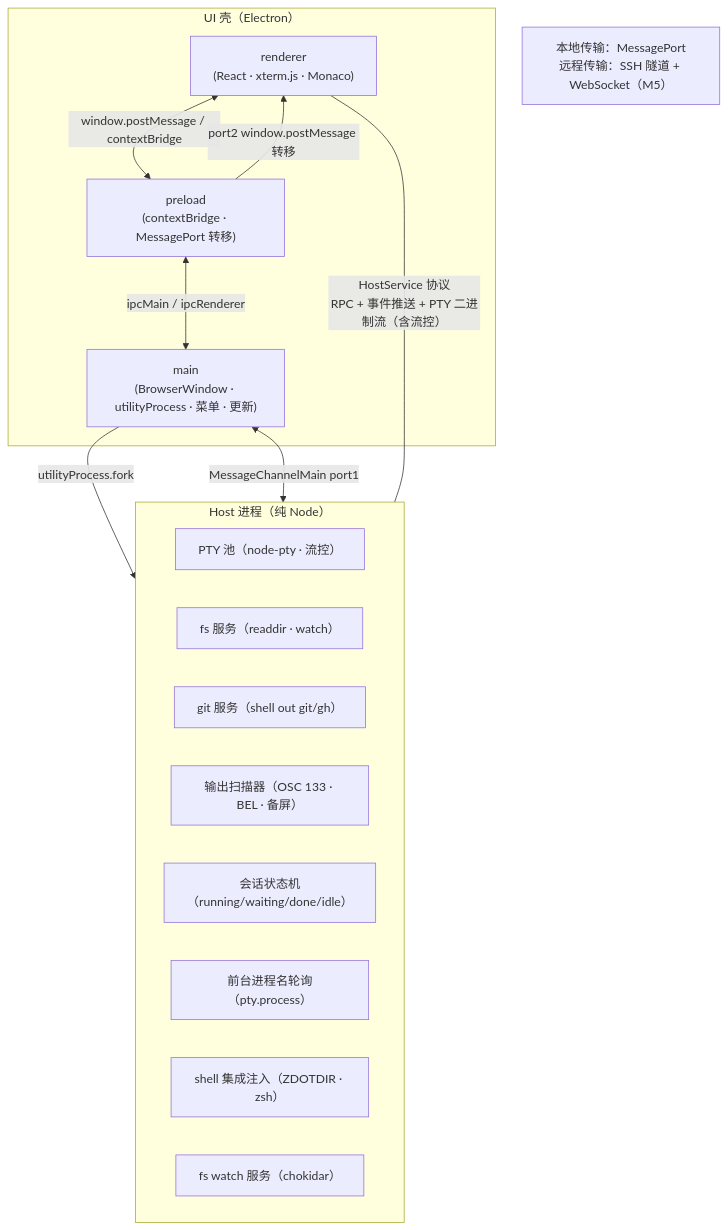
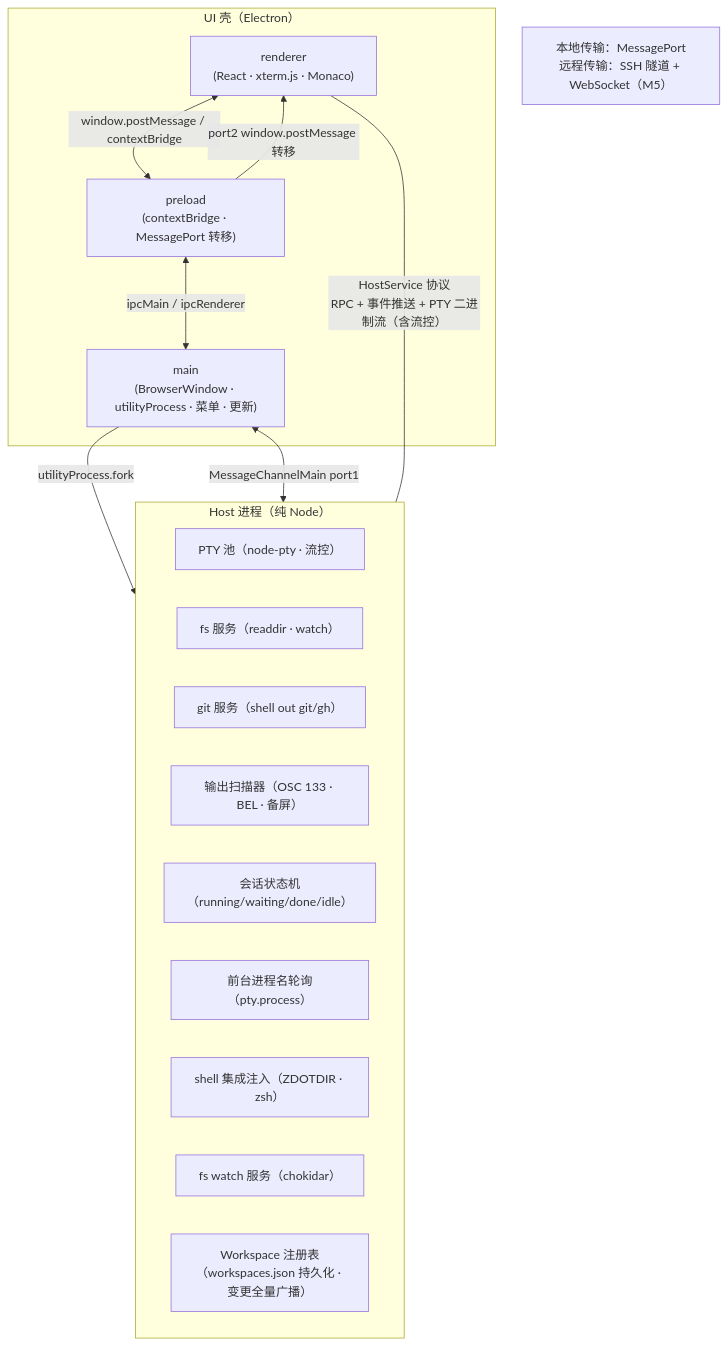
Before and after one commit to okteam99/termpro: the diagram in project-specs/ARCHITECTURE.md, drawn with Mermaid. The commit also changed other lines of this file and 27 other files, not shown here.

````diff
--- a/project-specs/ARCHITECTURE.md
+++ b/project-specs/ARCHITECTURE.md
@@ -12,29 +12,30 @@
 ```mermaid
 graph TD
   subgraph UI壳["UI 壳（Electron）"]
     renderer["renderer\n(React · xterm.js · Monaco)"]
     main["main\n(BrowserWindow · utilityProcess · 菜单 · 更新)"]
     preload["preload\n(contextBridge · MessagePort 转移)"]
     renderer <-->|window.postMessage / contextBridge| preload
     preload <-->|ipcMain / ipcRenderer| main
   end
 
   subgraph Host["Host 进程（纯 Node）"]
     ptyPool["PTY 池（node-pty · 流控）"]
     fsService["fs 服务（readdir · watch）"]
     gitService["git 服务（shell out git/gh）"]
     outputScanner["输出扫描器（OSC 133 · BEL · 备屏）"]
     sessionTracker["会话状态机（running/waiting/done/idle）"]
     proc["前台进程名轮询（pty.process）"]
     shellIntegration["shell 集成注入（ZDOTDIR · zsh）"]
     watchService["fs watch 服务（chokidar）"]
+    workspaceService["Workspace 注册表（workspaces.json 持久化 · 变更全量广播）"]
   end
 
   main -->|utilityProcess.fork| Host
   main <-->|MessageChannelMain port1| Host
   preload -->|port2 window.postMessage 转移| renderer
 
   renderer -- "HostService 协议\nRPC + 事件推送 + PTY 二进制流（含流控）" --- Host
 
   note1["本地传输：MessagePort\n远程传输：SSH 隧道 + WebSocket（M5）"]
 ```
````
